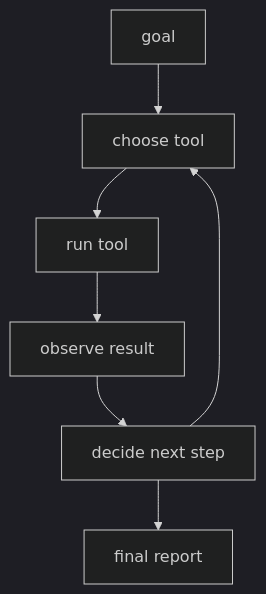
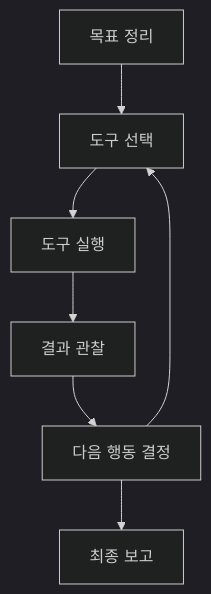
Before and after one commit to devchan64/AiBook: the diagram in docs/parts/part-07/chapter-06/section-01.md, drawn with Mermaid (dark theme). The commit also changed other lines of this file and 15 other files, not shown here.

````diff
--- a/docs/parts/part-07/chapter-06/section-01.md
+++ b/docs/parts/part-07/chapter-06/section-01.md
@@ -81,13 +75,13 @@
 ```mermaid
 flowchart TD
-  A["goal"]
-  B["choose tool"]
-  C["run tool"]
-  D["observe result"]
-  E["decide next step"]
-  F["final report"]
+  A["목표 정리"]
+  B["도구 선택"]
+  C["도구 실행"]
+  D["결과 관찰"]
+  E["다음 행동 결정"]
+  F["최종 보고"]
 
   A --> B --> C --> D --> E
   E --> B
   E --> F
 ```
````
